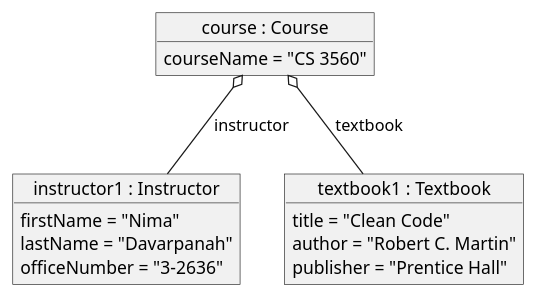
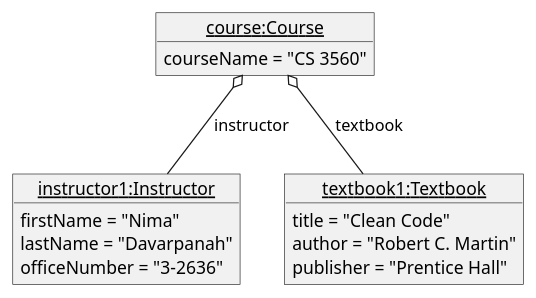
One commit to jdcastro8/HW5-3560 changed the diagram in Objects/Part 4 Object Diagram.puml. Above: the diagram before and after it, drawn with PlantUML.

Commit message:
Refactor object diagram syntax for clarity

```diff
--- a/Objects/Part 4 Object Diagram.puml
+++ b/Objects/Part 4 Object Diagram.puml
@@ -1,22 +1,22 @@
 @startuml
 
-object "course : Course" as course {
+object "<u>course:Course</u>" as c {
     courseName = "CS 3560"
 }
 
-object "instructor1 : Instructor" as instructor1 {
+object "<u>instructor1:Instructor</u>" as i1 {
     firstName = "Nima"
     lastName = "Davarpanah"
     officeNumber = "3-2636"
 }
 
-object "textbook1 : Textbook" as textbook1 {
+object "<u>textbook1:Textbook</u>" as t1 {
     title = "Clean Code"
     author = "Robert C. Martin"
     publisher = "Prentice Hall"
 }
 
-course o-- instructor1 : instructor
-course o-- textbook1 : textbook
+c o-- i1 : instructor
+c o-- t1 : textbook
 
 @enduml
```
